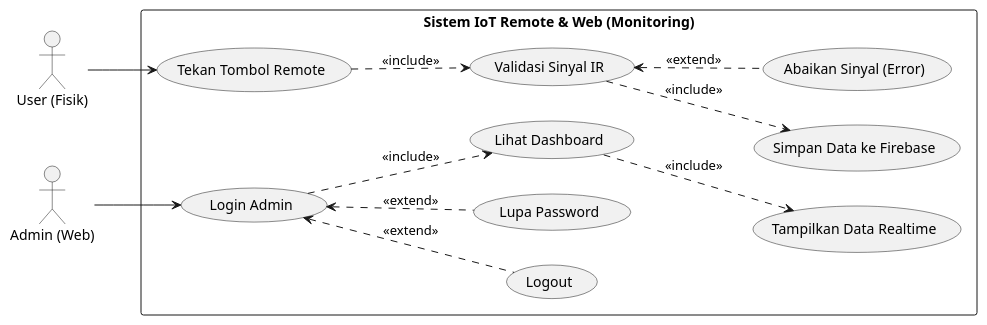
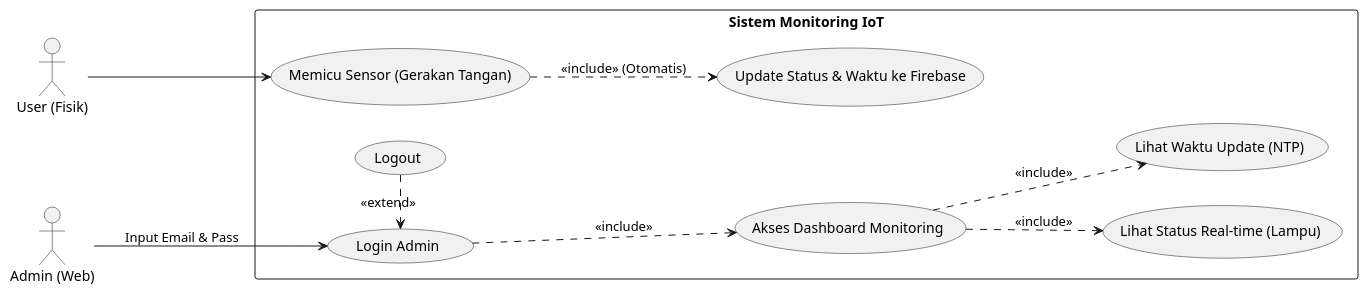
One commit to C-PPAW-TI503P-2025/PROJECT_Kelompok7_INFRARED changed the diagram in UML/usecase.puml. Above: the diagram before and after it, drawn with PlantUML. The commit also changed 7 other files, not shown here.

Commit message:
Memperbaiki diagram UML agar lebih jelas dan akurat, termasuk memperbarui diagram alur, diagram kelas, dan ERD untuk mencerminkan perubahan input pengguna dan interaksi sistem.

```diff
--- a/UML/usecase.puml
+++ b/UML/usecase.puml
@@ -1,60 +1,43 @@
 @startuml
 left to right direction
 skinparam packageStyle rectangle
 
-' --- ACTORS (HANYA MANUSIA) ---
 actor "User (Fisik)" as user
 actor "Admin (Web)" as admin
 
-rectangle "Sistem IoT Remote & Web (Monitoring)" {
+rectangle "Sistem Monitoring IoT" {
+  
+  ' --- Bagian Hardware (Otomatis oleh Sistem) ---
+  usecase "Memicu Sensor (Gerakan Tangan)" as UC1
+  usecase "Update Status & Waktu ke Firebase" as UC2
 
-    ' --- KELOMPOK FITUR USER ---
-    usecase "Tekan Tombol Remote" as UC_Press
-    usecase "Validasi Sinyal IR" as UC_Validate
-    usecase "Simpan Data ke Firebase" as UC_Save
-    usecase "Abaikan Sinyal (Error)" as UC_Error
-
-    ' --- KELOMPOK FITUR ADMIN ---
-    usecase "Login Admin" as UC_Login
-    usecase "Logout" as UC_Logout
-    usecase "Lupa Password" as UC_Forgot
-    usecase "Lihat Dashboard" as UC_View
-    usecase "Tampilkan Data Realtime" as UC_Display
+  ' --- Bagian Website (Interaksi Admin) ---
+  usecase "Login Admin" as UC3
+  usecase "Logout" as UC4
+  usecase "Akses Dashboard Monitoring" as UC8
+  
+  ' Fitur di dalam Dashboard
+  usecase "Lihat Status Real-time (Lampu)" as UC5
+  usecase "Lihat Waktu Update (NTP)" as UC6
 }
 
-' =========================================
-' HUBUNGAN (ALUR LOGIKA)
-' =========================================
+' === RELASI HARDWARE ===
+user --> UC1
+UC1 ..> UC2 : <<include>> (Otomatis)
 
-' --- 1. SISI USER ---
-user --> UC_Press
+' === RELASI WEBSITE ===
+' 1. Admin masuk ke sistem
+admin --> UC3 : Input Email & Pass
 
-' INCLUDE: Tekan tombol -> Wajib Validasi
-UC_Press ..> UC_Validate : <<include>>
+' 2. Aturan Dashboard
+' (Membuka Dashboard otomatis butuh Login)
+UC3 ..> UC8 : <<include>> 
 
-' INCLUDE: Validasi sukses -> Wajib Simpan Data (Internal)
-UC_Validate ..> UC_Save : <<include>>
+' (Di dalam Dashboard terdapat 3 fitur utama)
+UC8 ..> UC5 : <<include>>
+UC8 ..> UC6 : <<include>>
 
-' EXTEND: Jika kode salah -> Error
-UC_Validate <.. UC_Error : <<extend>>
-
-
-' --- 2. SISI ADMIN ---
-' Admin bisa melakukan Login dan Logout
-admin --> UC_Login
-UC_Login <.. UC_Logout : <<extend>>
-
-' EXTEND: Jika lupa sandi saat login
-UC_Login <.. UC_Forgot : <<extend>>
-
-' INCLUDE: Login sukses -> Langsung masuk Dashboard
-UC_Login ..> UC_View : <<include>>
-
-' INCLUDE: Saat Dashboard terbuka -> Sistem WAJIB menampilkan data
-UC_View ..> UC_Display : <<include>>
-
-' (Opsional) Logout dilakukan saat di Dashboard
-' UC_View <.. UC_Logout : <<extend>> 
-' Tapi ditarik garis langsung dari Admin (seperti di atas) lebih umum dan jelas.
+' 3. Logout dilakukan dari dalam Dashboard
+UC4 .> UC3 : <<extend>>
 
 @enduml
```
